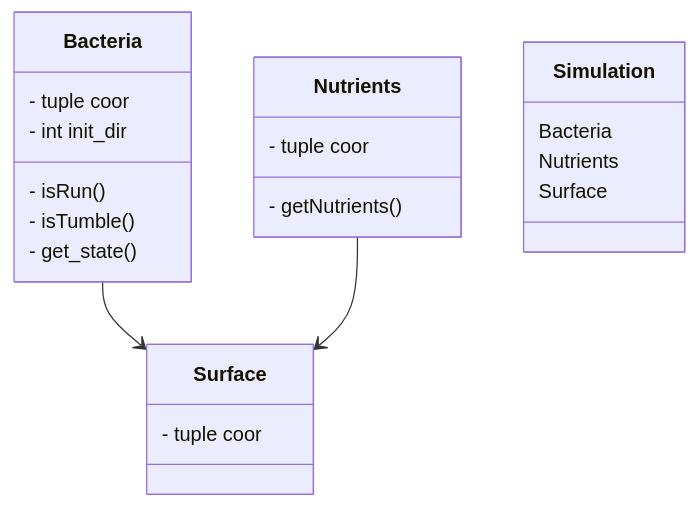
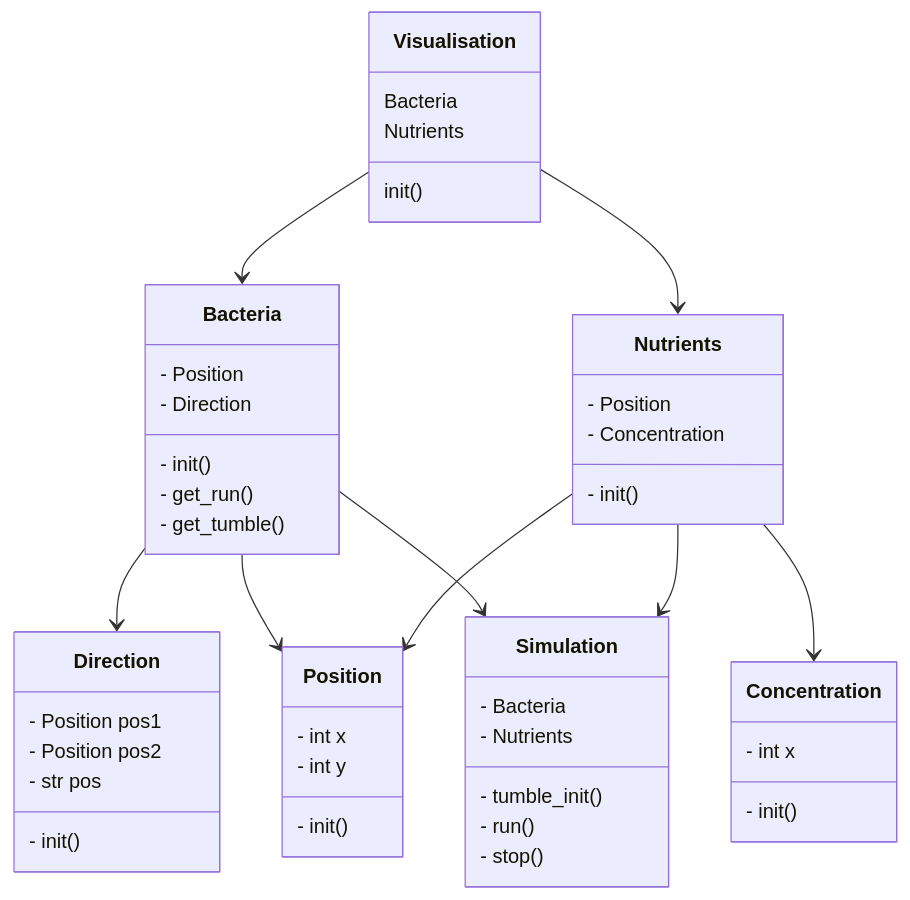
The diagram in learners/phuong/class.md (programming-formalisms/programming_formalisms_project_summer_2024), drawn with Mermaid before and after one commit.

````diff
--- a/learners/phuong/class.md
+++ b/learners/phuong/class.md
@@ -2,29 +2,52 @@
 ```mermaid
 classDiagram
-class Surface{
-    - tuple coor
+Visualisation--> Bacteria 
+Visualisation --> Nutrients
+Nutrients --> Position
+Nutrients --> Concentration
+Nutrients --> Simulation
+Bacteria --> Direction
+Bacteria --> Simulation
+Bacteria --> Position
+
+class Visualisation{
+    Bacteria
+    Nutrients
+    init()
+}
+class Bacteria{
+    - Position
+    - Direction
+    - init()
+    - get_run()
+    - get_tumble()
+}
+class Nutrients{
+    - Position
+    - Concentration
+    - init()
+}
+class Position{
+    - int x
+    - int y
+    - init()
+}
+class Direction{
+    - Position pos1
+    - Position pos2
+    - str pos
+    - init()
+}
+class Concentration{
+    - int x
+    - init ()
+}
+class Simulation{
+    - Bacteria
+    - Nutrients
+    - tumble_init()
+    - run()
+    - stop()
 }
 
-class Bacteria{
-    - tuple coor
-    - int init_dir
-    - isRun()
-    - isTumble()
-    - get_state()
-}
-
-class Nutrients{
-    - tuple coor
-    - getNutrients()
-}
-
-
-class Simulation{
-    Bacteria
-    Nutrients
-    Surface
-}
-
-Bacteria --> Surface
-Nutrients --> Surface
 ```
````
